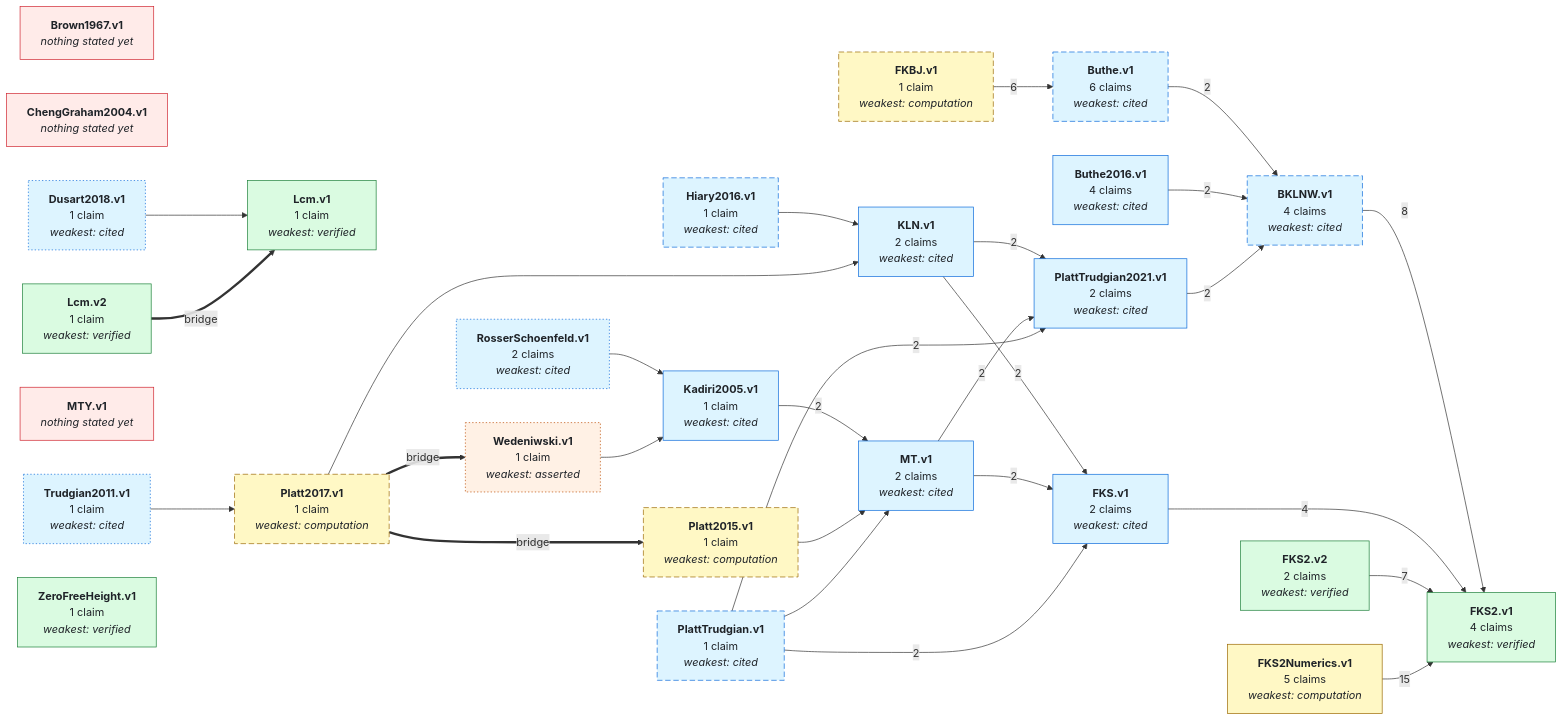
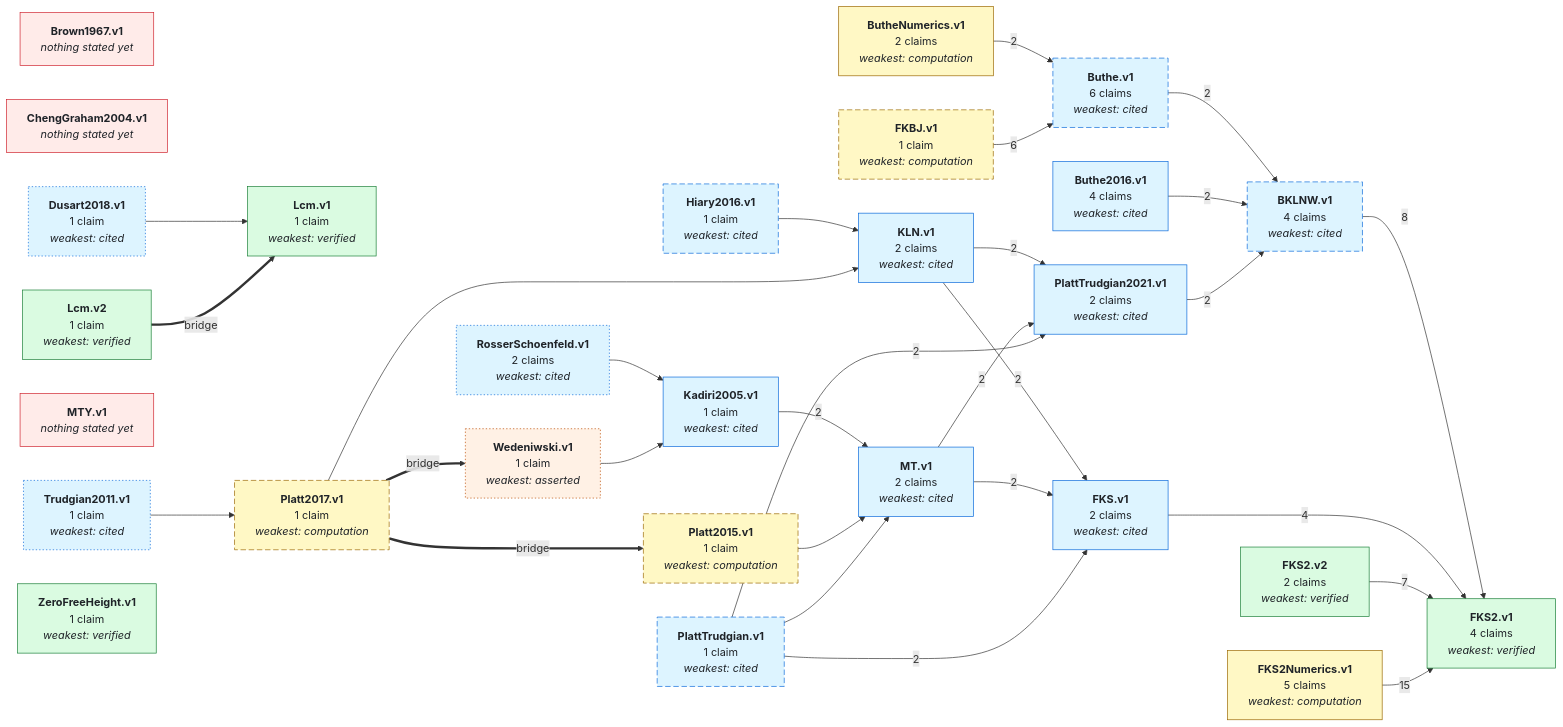
One commit to teorth/IEANTN changed the first of 2 diagrams in GRAPH.md. Above: the diagram before and after it, drawn with Mermaid. The commit also changed other lines of this file and 12 other files, not shown here.

First line of the commit message:
Split Buthe's numerics out, and record which of Theorem 2 is derived

```diff
--- a/GRAPH.md
+++ b/GRAPH.md
@@ -56,6 +56,7 @@
   NBrown1967_v1["<b>Brown1967.v1</b><br/><i>nothing stated yet</i>"]
   NButhe_v1["<b>Buthe.v1</b><br/>6 claims<br/><i>weakest: cited</i>"]
   NButhe2016_v1["<b>Buthe2016.v1</b><br/>4 claims<br/><i>weakest: cited</i>"]
+  NButheNumerics_v1["<b>ButheNumerics.v1</b><br/>2 claims<br/><i>weakest: computation</i>"]
   NChengGraham2004_v1["<b>ChengGraham2004.v1</b><br/><i>nothing stated yet</i>"]
   NDusart2018_v1["<b>Dusart2018.v1</b><br/>1 claim<br/><i>weakest: cited</i>"]
   NFKBJ_v1["<b>FKBJ.v1</b><br/>1 claim<br/><i>weakest: computation</i>"]
@@ -81,6 +82,7 @@
   NBKLNW_v1 -->|8| NFKS2_v1
   NButhe_v1 -->|2| NBKLNW_v1
   NButhe2016_v1 -->|2| NBKLNW_v1
+  NButheNumerics_v1 -->|2| NButhe_v1
   NDusart2018_v1 --> NLcm_v1
   NFKBJ_v1 -->|6| NButhe_v1
   NFKS_v1 -->|4| NFKS2_v1
@@ -118,11 +120,12 @@
   class NBrown1967_v1,NChengGraham2004_v1,NMTY_v1 none_yet;
   class NWedeniwski_v1 asserted;
   class NBKLNW_v1,NButhe_v1,NButhe2016_v1,NDusart2018_v1,NFKS_v1,NHiary2016_v1,NKLN_v1,NKadiri2005_v1,NMT_v1,NPlattTrudgian_v1,NPlattTrudgian2021_v1,NRosserSchoenfeld_v1,NTrudgian2011_v1 literature;
-  class NFKBJ_v1,NFKS2Numerics_v1,NPlatt2015_v1,NPlatt2017_v1 numerical;
+  class NButheNumerics_v1,NFKBJ_v1,NFKS2Numerics_v1,NPlatt2015_v1,NPlatt2017_v1 numerical;
   class NFKS2_v1,NFKS2_v2,NLcm_v1,NLcm_v2,NZeroFreeHeight_v1 lean_comparator;
   click NBKLNW_v1 href "https://github.com/teorth/IEANTN/blob/main/docs/nodes/BKLNW-v1.md" _blank
   click NButhe_v1 href "https://github.com/teorth/IEANTN/blob/main/docs/nodes/Buthe-v1.md" _blank
   click NButhe2016_v1 href "https://github.com/teorth/IEANTN/blob/main/docs/nodes/Buthe2016-v1.md" _blank
+  click NButheNumerics_v1 href "https://github.com/teorth/IEANTN/blob/main/docs/nodes/ButheNumerics-v1.md" _blank
   click NDusart2018_v1 href "https://github.com/teorth/IEANTN/blob/main/docs/nodes/Dusart2018-v1.md" _blank
   click NFKBJ_v1 href "https://github.com/teorth/IEANTN/blob/main/docs/nodes/FKBJ-v1.md" _blank
   click NFKS_v1 href "https://github.com/teorth/IEANTN/blob/main/docs/nodes/FKS-v1.md" _blank
```
